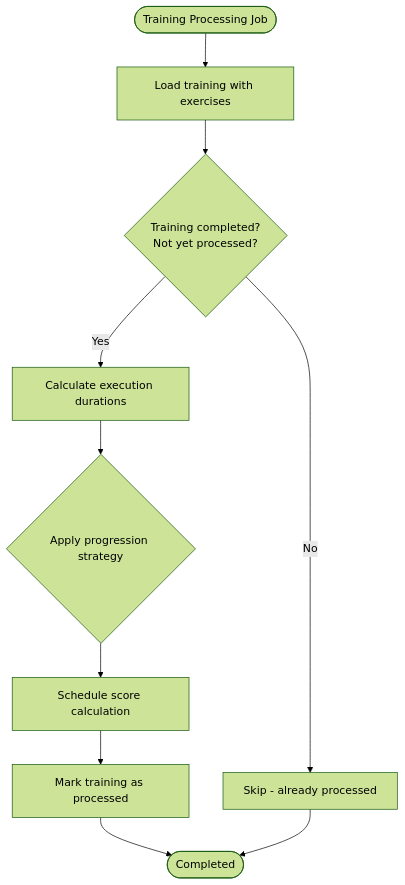
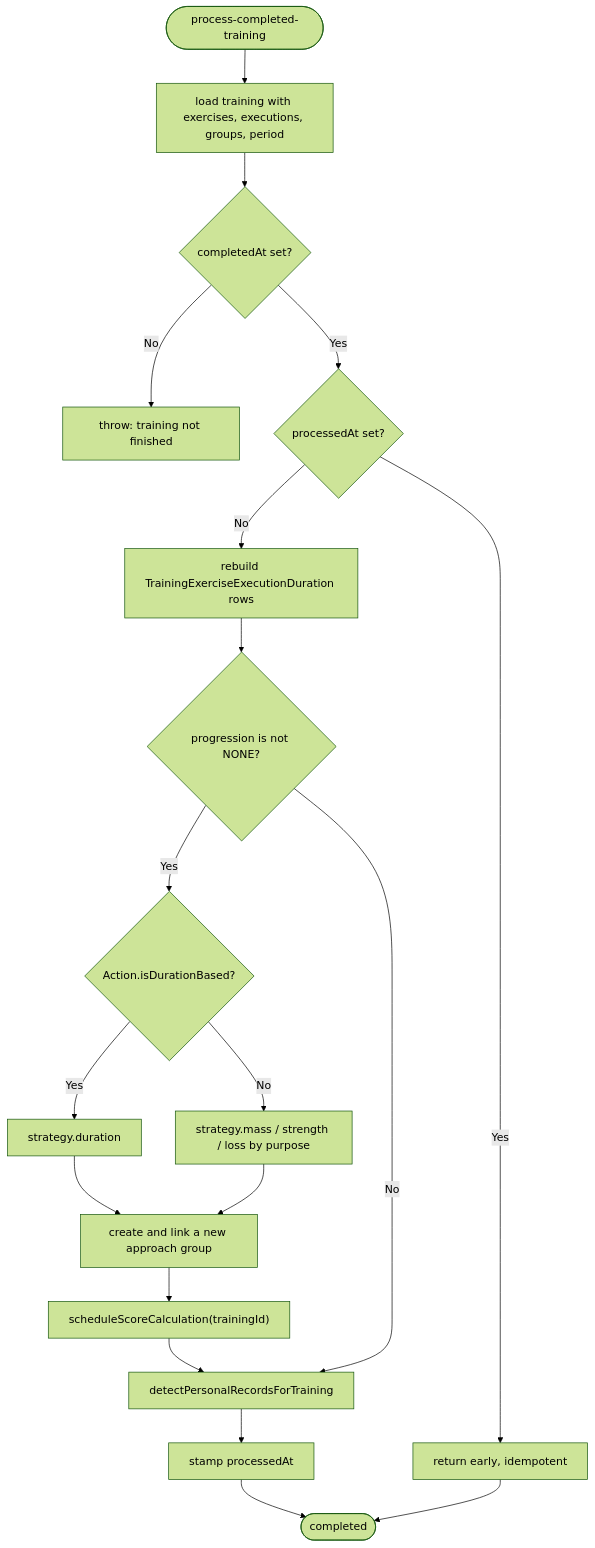
The sixth of 9 diagrams in .qoder/repowiki/en/content/Background Job System.md (Dezzpil/meingym), drawn with Mermaid (forest theme) before and after one commit. The commit also changed other lines of this file and 12 other files, not shown here.

````diff
--- a/.qoder/repowiki/en/content/Background Job System.md
+++ b/.qoder/repowiki/en/content/Background Job System.md
@@ -276,12 +348,21 @@
 ```mermaid
 flowchart TD
-Start(["Training Processing Job"]) --> LoadTraining["Load training with exercises"]
-LoadTraining --> CheckStatus{"Training completed?<br/>Not yet processed?"}
-CheckStatus --> |No| Skip["Skip - already processed"]
-CheckStatus --> |Yes| CalcDurations["Calculate execution durations"]
-CalcDurations --> ApplyProgression{"Apply progression strategy"}
-ApplyProgression --> ScheduleScores["Schedule score calculation"]
-ScheduleScores --> MarkProcessed["Mark training as processed"]
-MarkProcessed --> End(["Completed"])
+Start(["process-completed-training"]) --> Load["load training with exercises, executions, groups, period"]
+Load --> Completed{"completedAt set?"}
+Completed --> |No| Throw["throw: training not finished"]
+Completed --> |Yes| Already{"processedAt set?"}
+Already --> |Yes| Skip["return early, idempotent"]
+Already --> |No| Durations["rebuild TrainingExerciseExecutionDuration rows"]
+Durations --> Progression{"progression is not NONE?"}
+Progression --> |Yes| Strategy{"Action.isDurationBased?"}
+Strategy --> |Yes| Dur["strategy.duration"]
+Strategy --> |No| ByPurpose["strategy.mass / strength / loss by purpose"]
+Dur --> NewGroup["create and link a new approach group"]
+ByPurpose --> NewGroup
+NewGroup --> Scores["scheduleScoreCalculation(trainingId)"]
+Scores --> Records["detectPersonalRecordsForTraining"]
+Progression --> |No| Records
+Records --> Mark["stamp processedAt"]
+Mark --> End(["completed"])
 Skip --> End
 ```
````
